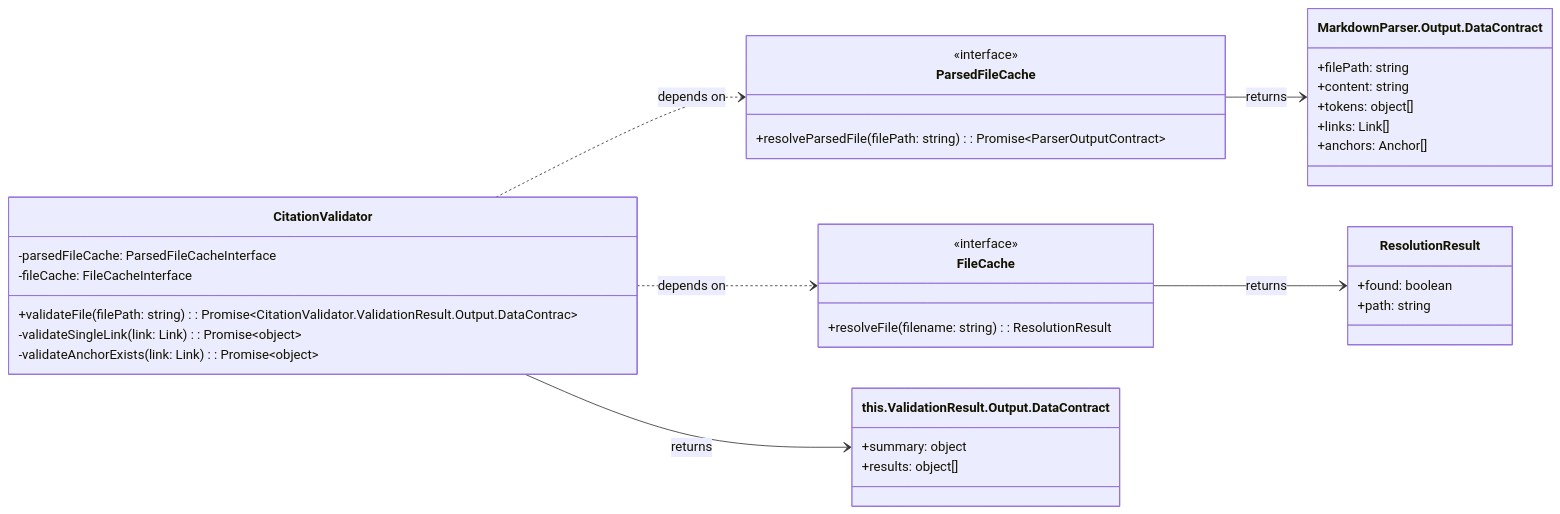
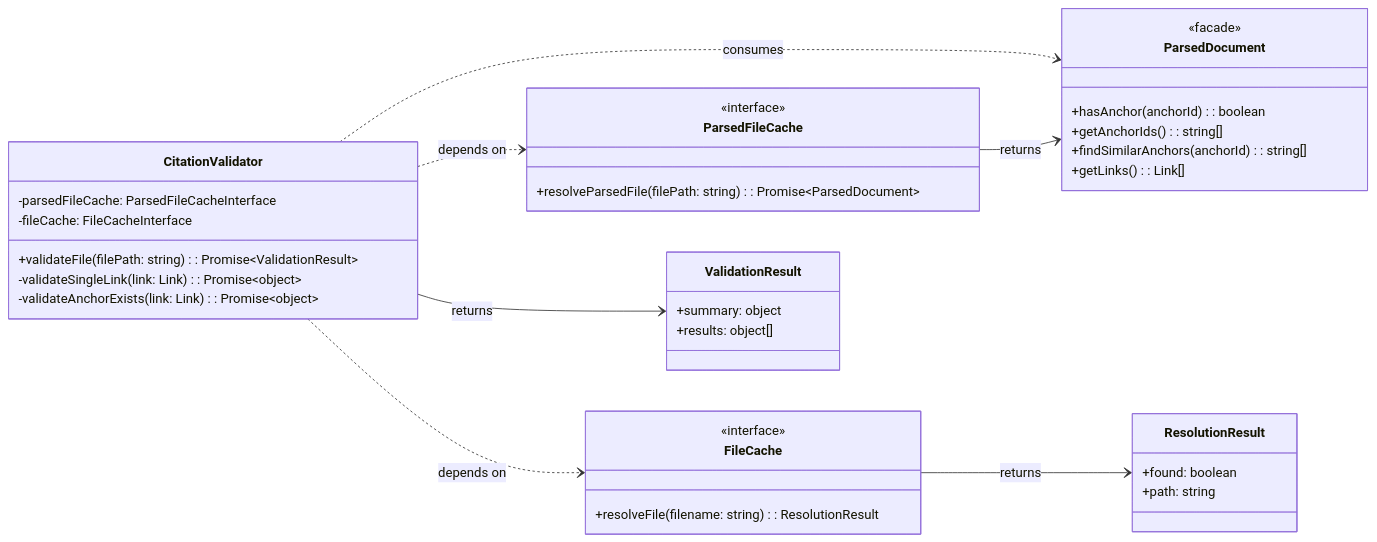
The diagram in tools/citation-manager/design-docs/component-guides/CitationValidator Implementation Guide.md (WesleyMFrederick/cc-workflows), drawn with Mermaid before and after one commit. The commit also changed other lines of this file and 34 other files, not shown here.

First line of the commit message:
Complete US1.7 ParsedDocument facade implementation with enhanced agentic workflows and updated agent configurations

````diff
--- a/tools/citation-manager/design-docs/component-guides/CitationValidator Implementation Guide.md
+++ b/tools/citation-manager/design-docs/component-guides/CitationValidator Implementation Guide.md
@@ -17,46 +17,47 @@
 ```mermaid
 classDiagram
     direction LR
 
     class CitationValidator {
         -parsedFileCache: ParsedFileCacheInterface
         -fileCache: FileCacheInterface
-        +validateFile(filePath: string): Promise~CitationValidator.ValidationResult.Output.DataContrac~
+        +validateFile(filePath: string): Promise~ValidationResult~
         -validateSingleLink(link: Link): Promise~object~
         -validateAnchorExists(link: Link): Promise~object~
     }
 
     class ParsedFileCache {
         <<interface>>
-        +resolveParsedFile(filePath: string): Promise~ParserOutputContract~
+        +resolveParsedFile(filePath: string): Promise~ParsedDocument~
+    }
+
+    class ParsedDocument {
+        <<facade>>
+        +hasAnchor(anchorId): boolean
+        +getAnchorIds(): string[]
+        +findSimilarAnchors(anchorId): string[]
+        +getLinks(): Link[]
     }
 
     class FileCache {
         <<interface>>
         +resolveFile(filename: string): ResolutionResult
     }
 
-    class this.ValidationResult.Output.DataContract {
+    class ValidationResult {
         +summary: object
         +results: object[]
     }
 
-    class MarkdownParser.Output.DataContract {
-      +filePath: string
-        +content: string
-        +tokens: object[]
-        +links: Link[]
-        +anchors: Anchor[]
-    }
-    
     class ResolutionResult {
       +found: boolean
       +path: string
     }
 
     CitationValidator ..> ParsedFileCache : depends on
     CitationValidator ..> FileCache : depends on
-    CitationValidator --> this.ValidationResult.Output.DataContract : returns
-    ParsedFileCache --> MarkdownParser.Output.DataContract : returns
+    CitationValidator ..> ParsedDocument : consumes
+    CitationValidator --> ValidationResult : returns
+    ParsedFileCache --> ParsedDocument : returns
     FileCache --> ResolutionResult : returns
 ```
````
